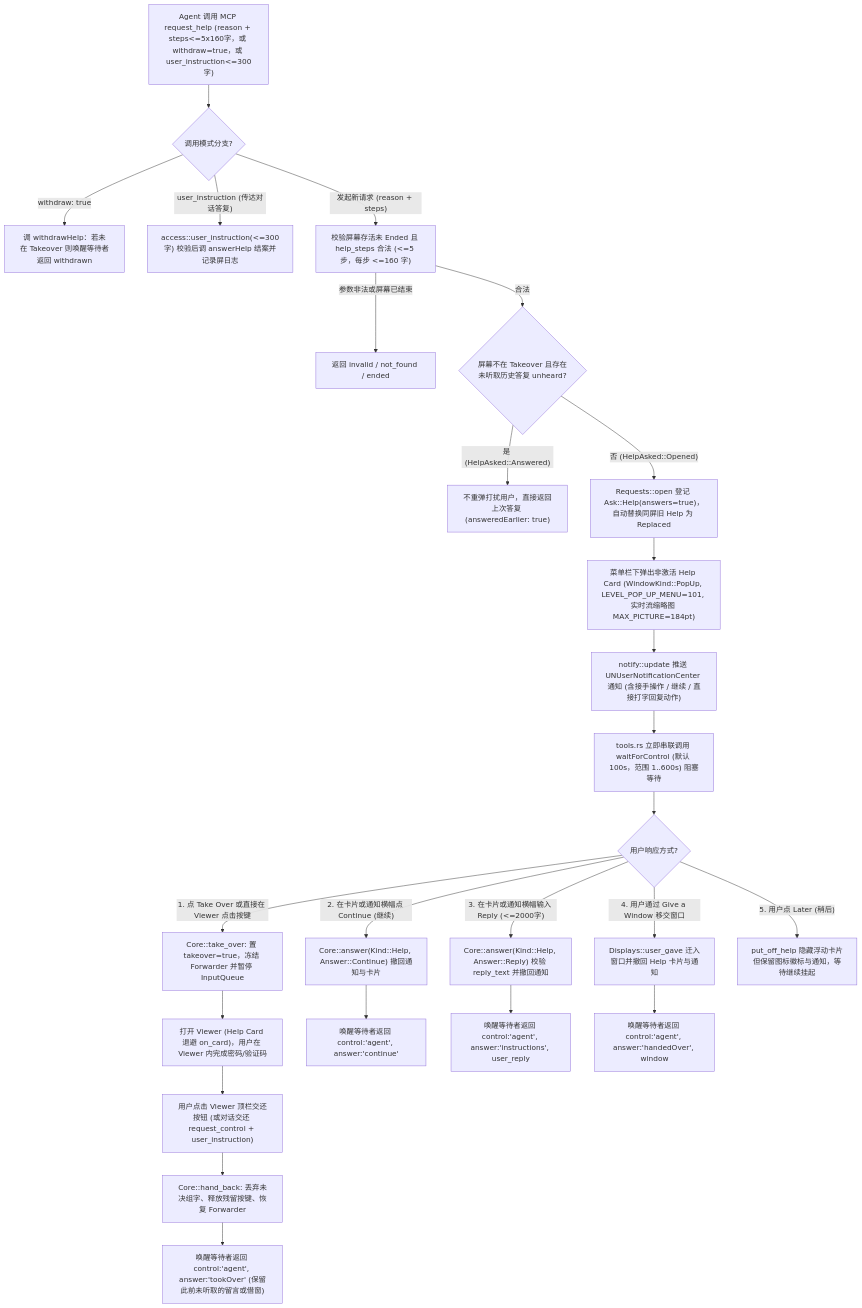
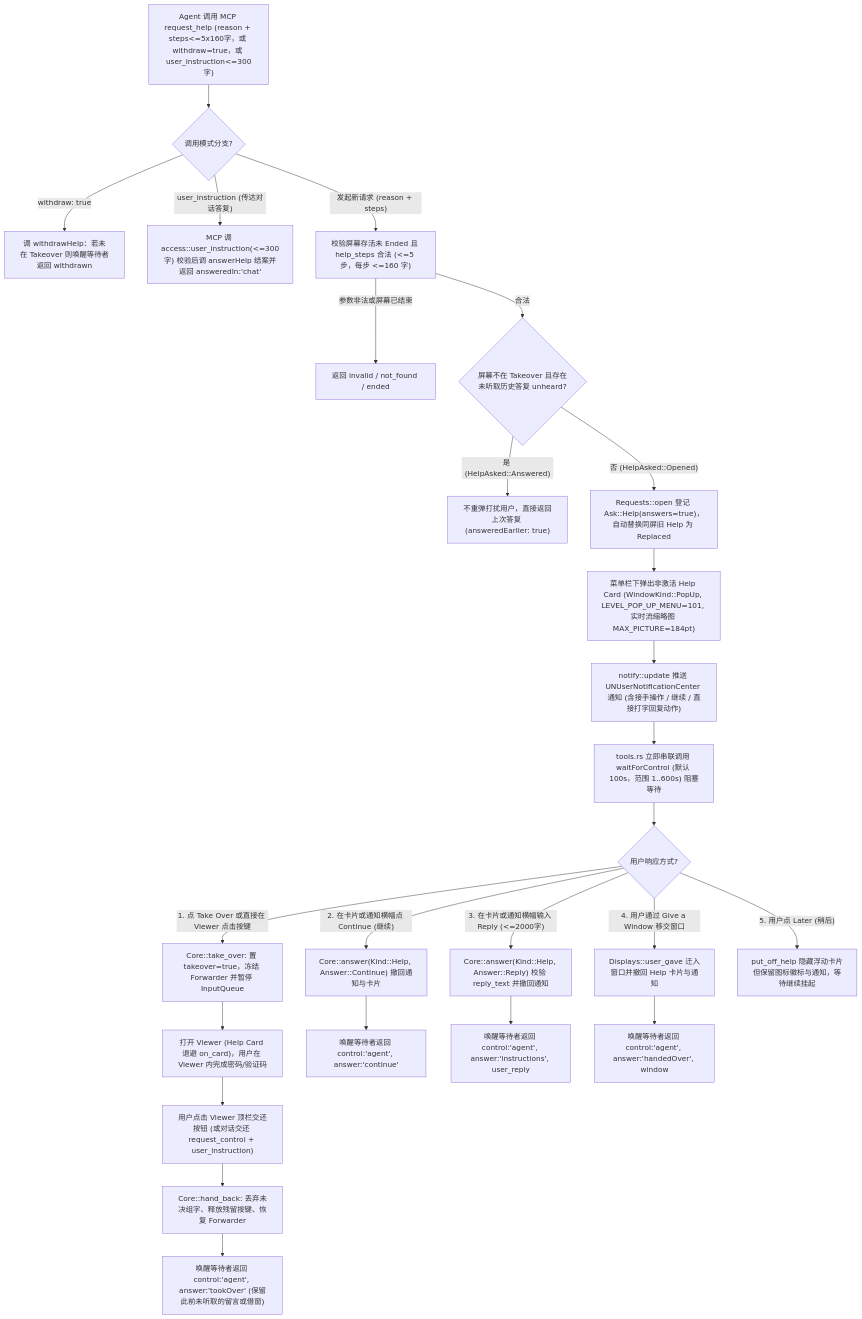
One commit to Fanzzzd/agent-screen changed the first of 2 diagrams in docs/flows/08-takeover-and-help-requests.md. Above: the diagram before and after it, drawn with Mermaid. The commit also changed other lines of this file and 15 other files, not shown here.

First line of the commit message:
docs(docs): align flow map quotes and fix round-3 spotcheck findings

````diff
--- a/docs/flows/08-takeover-and-help-requests.md
+++ b/docs/flows/08-takeover-and-help-requests.md
@@ -15,27 +15,27 @@
 ```mermaid
 flowchart TD
     H1["Agent 调用 MCP request_help (reason + steps<=5x160字，或 withdraw=true，或 user_instruction<=300字)"] --> H_SUB{"调用模式分支?"}
     H_SUB -->|"withdraw: true"| H_WD["调 withdrawHelp：若未在 Takeover 则唤醒等待者返回 withdrawn"]
-    H_SUB -->|"user_instruction (传达对话答复)"| H_CHAT["access::user_instruction(<=300字) 校验后调 answerHelp 结案并记录屏日志"]
+    H_SUB -->|"user_instruction (传达对话答复)"| H_CHAT["MCP 调 access::user_instruction(<=300字) 校验后调 answerHelp 结案并返回 answeredIn:'chat'"]
     H_SUB -->|"发起新请求 (reason + steps)"| H2["校验屏幕存活未 Ended 且 help_steps 合法 (<=5 步，每步 <=160 字)"]
     H2 -->|"参数非法或屏幕已结束"| HX1["返回 invalid / not_found / ended"]
     H2 -->|"合法"| H3{"屏幕不在 Takeover 且存在未听取历史答复 unheard?"}
     H3 -->|"是 (HelpAsked::Answered)"| H_EARLY["不重弹打扰用户，直接返回上次答复 (answeredEarlier: true)"]
     H3 -->|"否 (HelpAsked::Opened)"| H4["Requests::open 登记 Ask::Help(answers=true)，自动替换同屏旧 Help 为 Replaced"]
     H4 --> H5["菜单栏下弹出非激活 Help Card (WindowKind::PopUp, LEVEL_POP_UP_MENU=101, 实时流缩略图 MAX_PICTURE=184pt)"]
     H5 --> H6["notify::update 推送 UNUserNotificationCenter 通知 (含接手操作 / 继续 / 直接打字回复动作)"]
     H6 --> H7["tools.rs 立即串联调用 waitForControl (默认 100s，范围 1..600s) 阻塞等待"]
     H7 --> U0{"用户响应方式?"}
     U0 -->|"1. 点 Take Over 或直接在 Viewer 点击按键"| U1["Core::take_over: 置 takeover=true，冻结 Forwarder 并暂停 InputQueue"]
     U1 --> U2["打开 Viewer (Help Card 退避 on_card)，用户在 Viewer 内完成密码/验证码"]
     U2 --> U3["用户点击 Viewer 顶栏交还按钮 (或对话交还 request_control + user_instruction)"]
     U3 --> U4["Core::hand_back: 丢弃未决组字、释放残留按键、恢复 Forwarder"]
     U4 --> R_TOOK["唤醒等待者返回 control:'agent', answer:'tookOver' (保留此前未听取的留言或借窗)"]
     U0 -->|"2. 在卡片或通知横幅点 Continue (继续)"| U5["Core::answer(Kind::Help, Answer::Continue) 撤回通知与卡片"]
     U5 --> R_CONT["唤醒等待者返回 control:'agent', answer:'continue'"]
     U0 -->|"3. 在卡片或通知横幅输入 Reply (<=2000字)"| U6["Core::answer(Kind::Help, Answer::Reply) 校验 reply_text 并撤回通知"]
     U6 --> R_INST["唤醒等待者返回 control:'agent', answer:'instructions', user_reply"]
     U0 -->|"4. 用户通过 Give a Window 移交窗口"| U7["Displays::user_gave 迁入窗口并撤回 Help 卡片与通知"]
     U7 --> R_WIN["唤醒等待者返回 control:'agent', answer:'handedOver', window"]
     U0 -->|"5. 用户点 Later (稍后)"| U8["put_off_help 隐藏浮动卡片但保留图标徽标与通知，等待继续挂起"]
 ```
````
